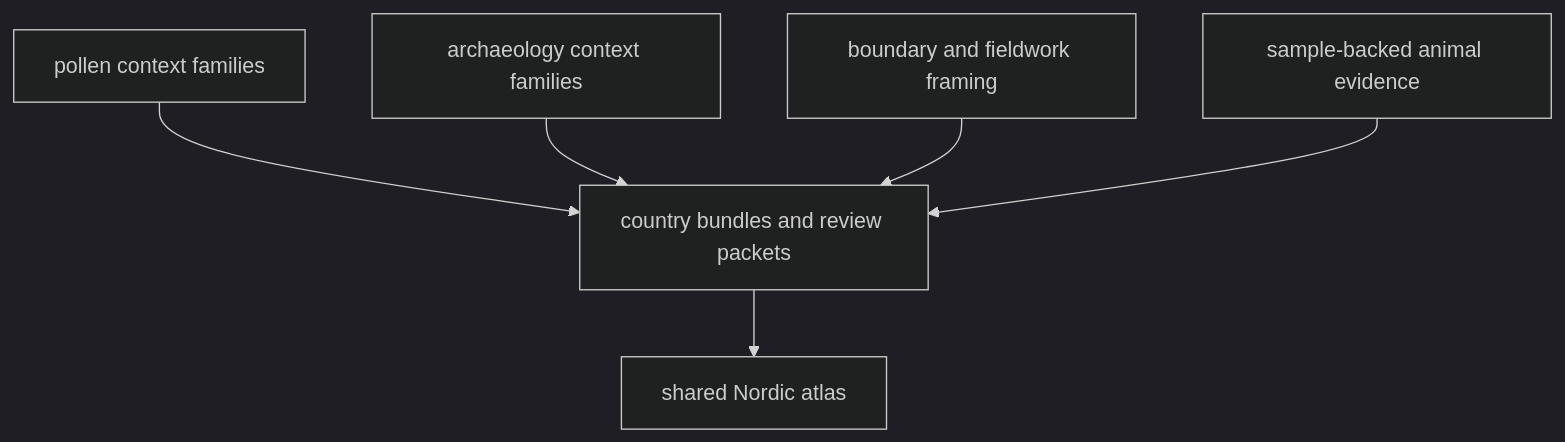
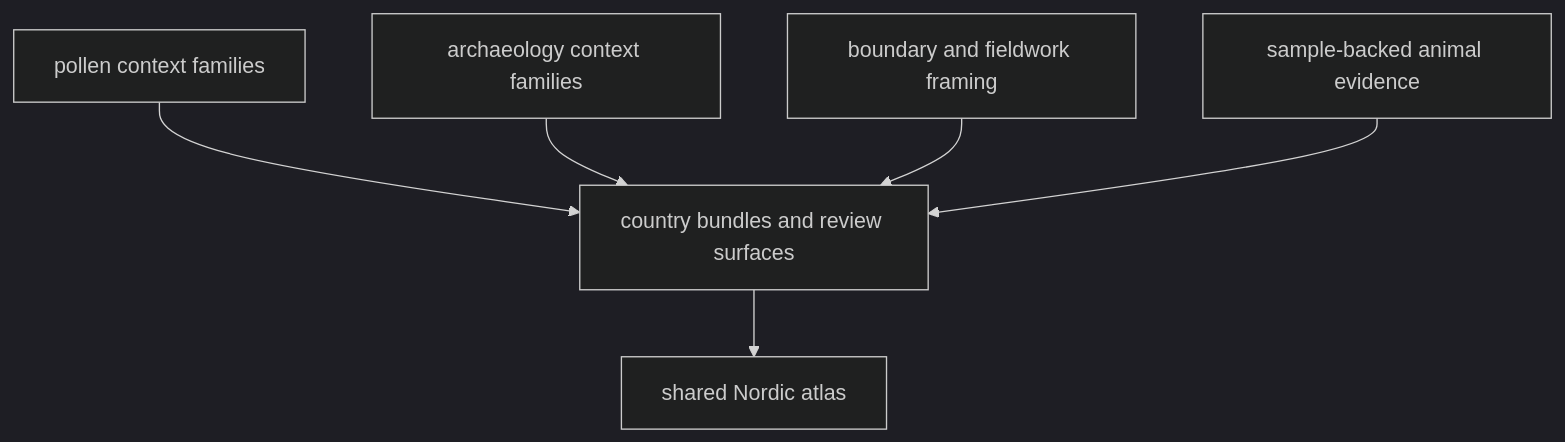
One commit to bijux/bijux-pollenomics changed the diagram in docs/02-bijux-pollenomics-data/overview/pollenomics-publication-model.md. Above: the diagram before and after it, drawn with Mermaid (dark theme). The commit also changed 54 other files, not shown here.

````diff
--- a/docs/02-bijux-pollenomics-data/overview/pollenomics-publication-model.md
+++ b/docs/02-bijux-pollenomics-data/overview/pollenomics-publication-model.md
@@ -19,15 +19,15 @@
 ```mermaid
 flowchart TB
     pollen["pollen context families"]
     archaeology["archaeology context families"]
     framing["boundary and fieldwork framing"]
     samples["sample-backed animal evidence"]
-    reports["country bundles and review packets"]
+    reports["country bundles and review surfaces"]
     atlas["shared Nordic atlas"]
 
     pollen --> reports
     archaeology --> reports
     framing --> reports
     samples --> reports
     reports --> atlas
 ```
````
